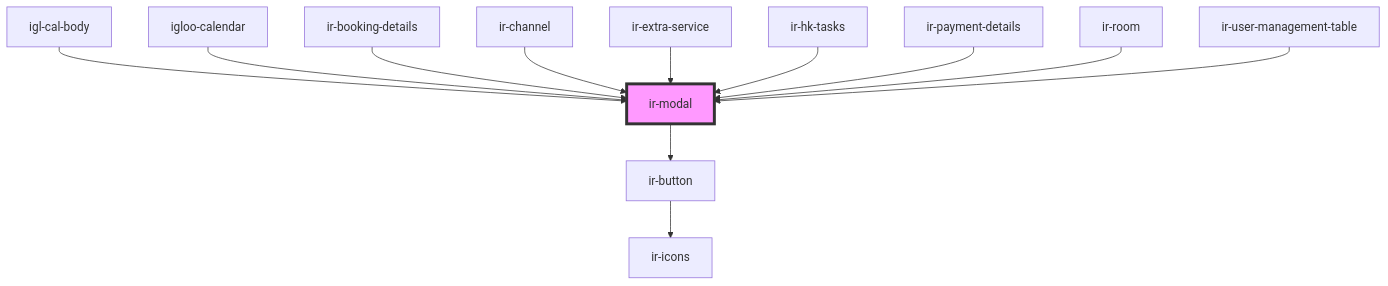
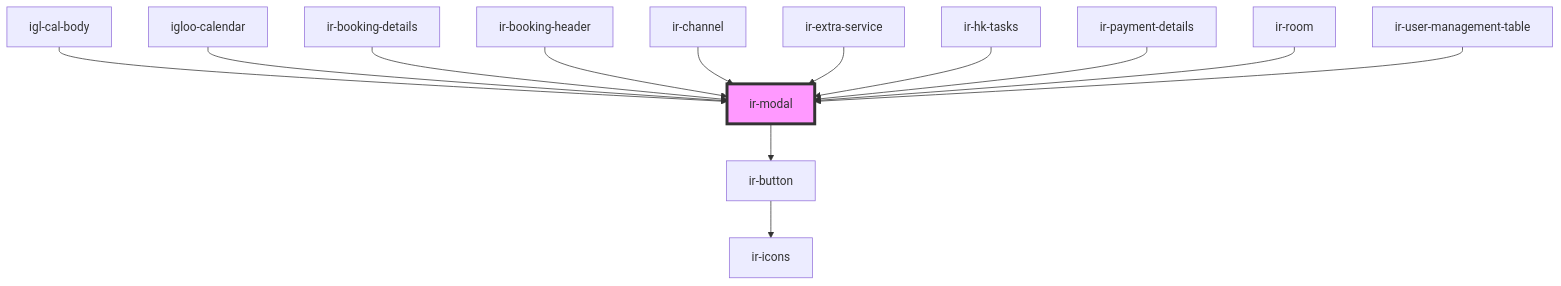
Before and after one commit to RonyRizk/ir-webcmp: the diagram in src/components/ui/ir-modal/readme.md, drawn with Mermaid. The commit also changed other lines of this file and 20 other files, not shown here.

````diff
--- a/src/components/ui/ir-modal/readme.md
+++ b/src/components/ui/ir-modal/readme.md
@@ -85,15 +86,16 @@
 ```mermaid
 graph TD;
   ir-modal --> ir-button
   ir-button --> ir-icons
   igl-cal-body --> ir-modal
   igloo-calendar --> ir-modal
   ir-booking-details --> ir-modal
+  ir-booking-header --> ir-modal
   ir-channel --> ir-modal
   ir-extra-service --> ir-modal
   ir-hk-tasks --> ir-modal
   ir-payment-details --> ir-modal
   ir-room --> ir-modal
   ir-user-management-table --> ir-modal
   style ir-modal fill:#f9f,stroke:#333,stroke-width:4px
 ```
````
